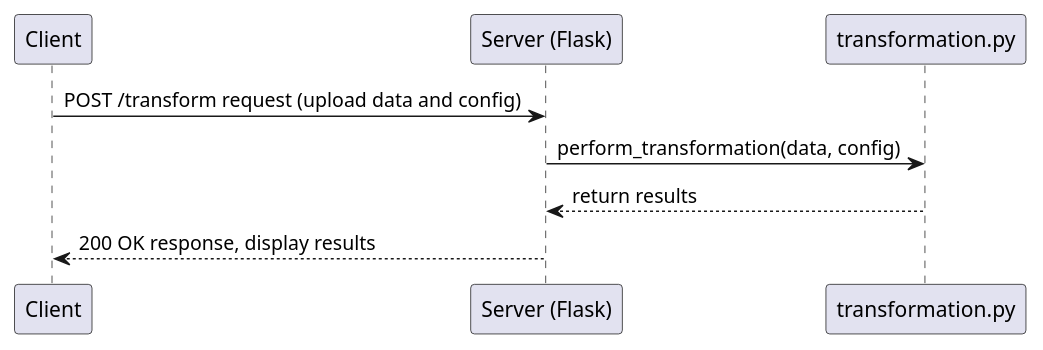
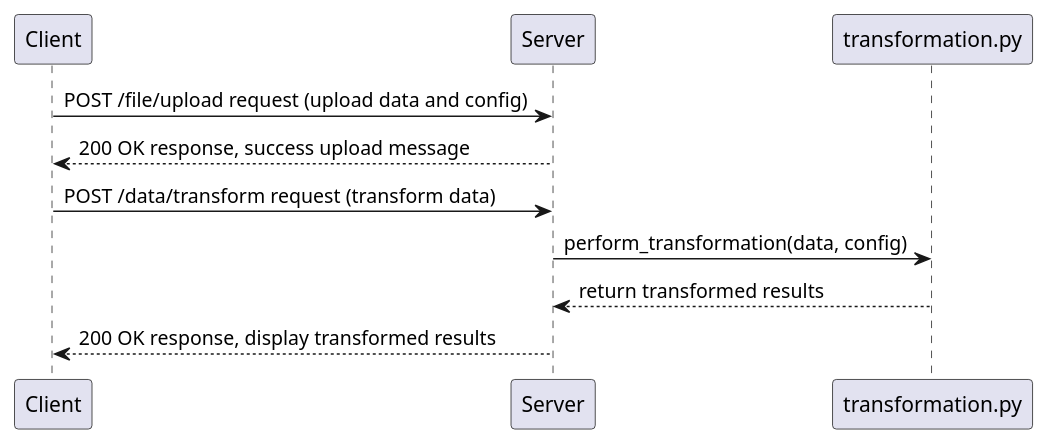
The diagram in docs/sequence.puml (pdrogos02/crisp-take-home), drawn with PlantUML before and after one commit. The commit also changed 5 other files, not shown here.

Commit message:
/feature updates to sequence diagram, .ipynb

```diff
--- a/docs/sequence.puml
+++ b/docs/sequence.puml
@@ -1,7 +1,8 @@
 @startuml
-Client -> "Server (Flask)": POST /transform request (upload data and config)
-"Server (Flask)"-> "transformation.py": perform_transformation(data, config)
-"transformation.py" --> "Server (Flask)": return results
-"Server (Flask)" --> Client: 200 OK response, display results
-
+Client -> Server: POST /file/upload request (upload data and config)
+Server --> Client: 200 OK response, success upload message
+Client -> Server: POST /data/transform request (transform data)
+Server -> "transformation.py": perform_transformation(data, config)
+"transformation.py" --> Server: return transformed results
+Server --> Client: 200 OK response, display transformed results
 @enduml
```
